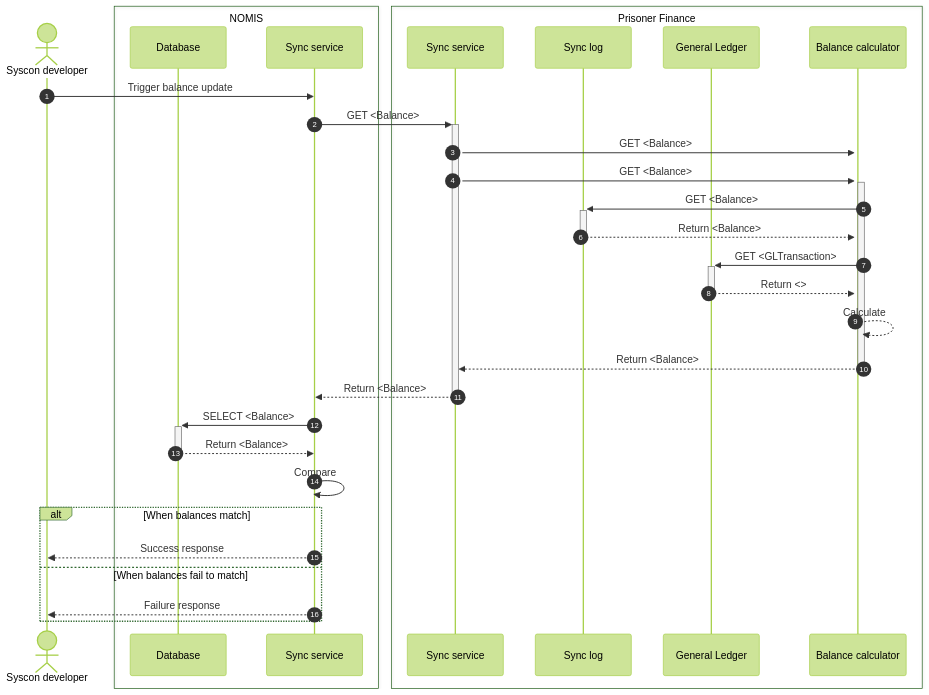
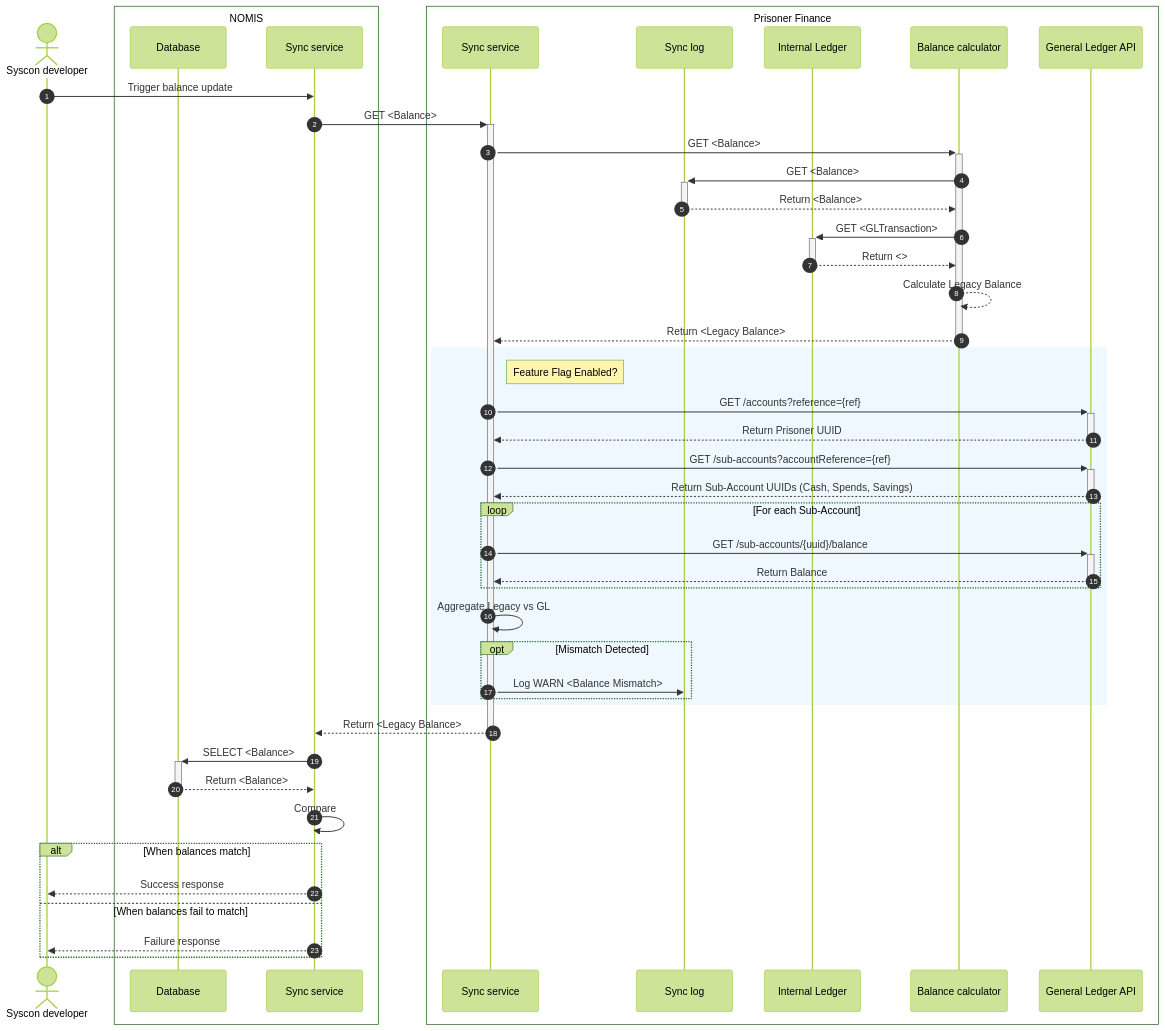
Before and after one commit to ministryofjustice/hmpps-prisoner-finance-sync-api: the second of 6 diagrams in docs/architecture/docs/sync-processes.md, drawn with Mermaid (forest theme).

Commit message:
Update sequence diagram for balance reconciliation

````diff
--- a/docs/architecture/docs/sync-processes.md
+++ b/docs/architecture/docs/sync-processes.md
@@ -42,36 +42,60 @@
 ```mermaid
 sequenceDiagram
     actor SYSCON as Syscon developer
     box NOMIS
         participant NOMIS.DB as Database
         participant NOMIS.sync as Sync service
     end
     box Prisoner Finance
         participant PF.sync as Sync service
         participant PF.log as Sync log
-        participant PF.ledger as General Ledger
+        participant PF.ledger as Internal Ledger
         participant PF.calculator as Balance calculator
+        participant PF.newGL as General Ledger API
     end
 
     autonumber
 
     SYSCON ->> NOMIS.sync: Trigger balance update
     NOMIS.sync ->>+ PF.sync: GET <Balance>
-    PF.sync ->>+ PF.calculator: GET <Balance>
+
+%% LEGACY FLOW
     PF.sync ->>+ PF.calculator: GET <Balance>
     PF.calculator ->>+ PF.log: GET <Balance>
     PF.log -->>- PF.calculator: Return <Balance>
     PF.calculator ->>+ PF.ledger: GET <GLTransaction>
     PF.ledger -->>- PF.calculator: Return <>
-    PF.calculator -->> PF.calculator: Calculate
-    PF.calculator -->>- PF.sync: Return <Balance>
-    PF.sync -->>- NOMIS.sync: Return <Balance>
+    PF.calculator -->> PF.calculator: Calculate Legacy Balance
+    PF.calculator -->>- PF.sync: Return <Legacy Balance>
+
+%% NEW GL VERIFICATION FLOW
+    rect rgb(240, 248, 255)
+        note right of PF.sync: Feature Flag Enabled?
+        PF.sync ->>+ PF.newGL: GET /accounts?reference={ref}
+        PF.newGL -->>- PF.sync: Return Prisoner UUID
+        PF.sync ->>+ PF.newGL: GET /sub-accounts?accountReference={ref}
+        PF.newGL -->>- PF.sync: Return Sub-Account UUIDs (Cash, Spends, Savings)
+
+        loop For each Sub-Account
+            PF.sync ->>+ PF.newGL: GET /sub-accounts/{uuid}/balance
+            PF.newGL -->>- PF.sync: Return Balance
+        end
+
+        PF.sync ->> PF.sync: Aggregate Legacy vs GL
+        opt Mismatch Detected
+            PF.sync ->> PF.log: Log WARN <Balance Mismatch>
+        end
+    end
+
+    PF.sync -->>- NOMIS.sync: Return <Legacy Balance>
+
+%% NOMIS VERIFICATION
     NOMIS.sync ->>+ NOMIS.DB: SELECT <Balance>
     NOMIS.DB -->>- NOMIS.sync: Return <Balance>
     NOMIS.sync ->> NOMIS.sync: Compare
     alt When balances match
         NOMIS.sync -->> SYSCON: Success response
     else When balances fail to match
         NOMIS.sync -->> SYSCON: Failure response
     end
 ```
````
